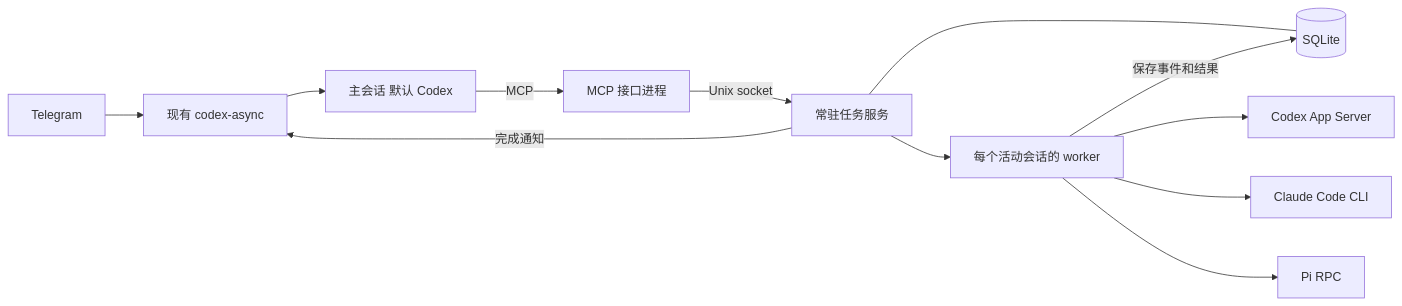
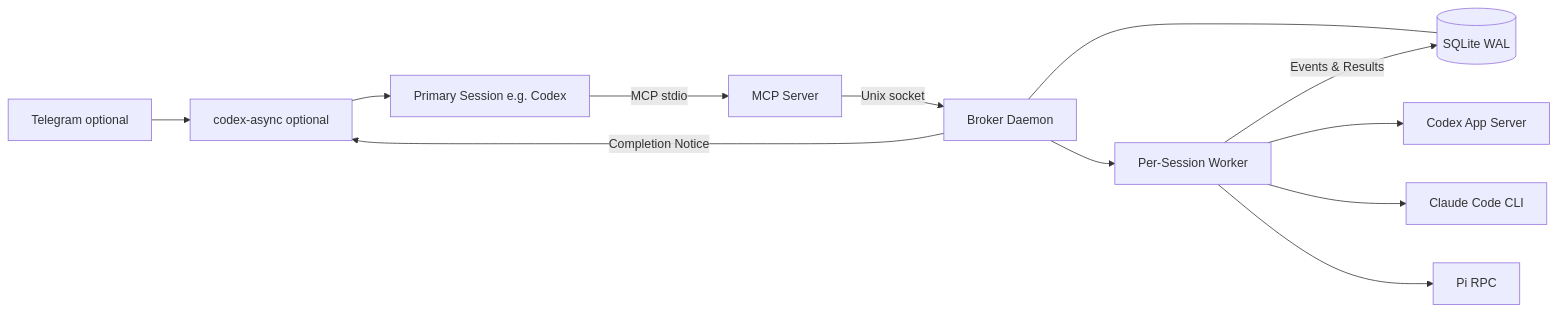
Before and after one commit to qinjian623/agent-bridge: the diagram in docs/design.md, drawn with Mermaid. The commit also changed other lines of this file and 53 other files, not shown here.

````diff
--- a/docs/design.md
+++ b/docs/design.md
@@ -33,14 +29,14 @@
 ```mermaid
 flowchart LR
-    T[Telegram] --> A[现有 codex-async]
-    A --> M[主会话 默认 Codex]
-    M -->|MCP| G[MCP 接口进程]
-    G -->|Unix socket| B[常驻任务服务]
-    B --- D[(SQLite)]
-    B --> W[每个活动会话的 worker]
+    T[Telegram optional] --> A[codex-async optional]
+    A --> M[Primary Session e.g. Codex]
+    M -->|MCP stdio| G[MCP Server]
+    G -->|Unix socket| B[Broker Daemon]
+    B --- D[(SQLite WAL)]
+    B --> W[Per-Session Worker]
     W --> C[Codex App Server]
     W --> H[Claude Code CLI]
     W --> P[Pi RPC]
-    W -->|保存事件和结果| D
-    B -->|完成通知| A
+    W -->|Events & Results| D
+    B -->|Completion Notice| A
 ```
````
